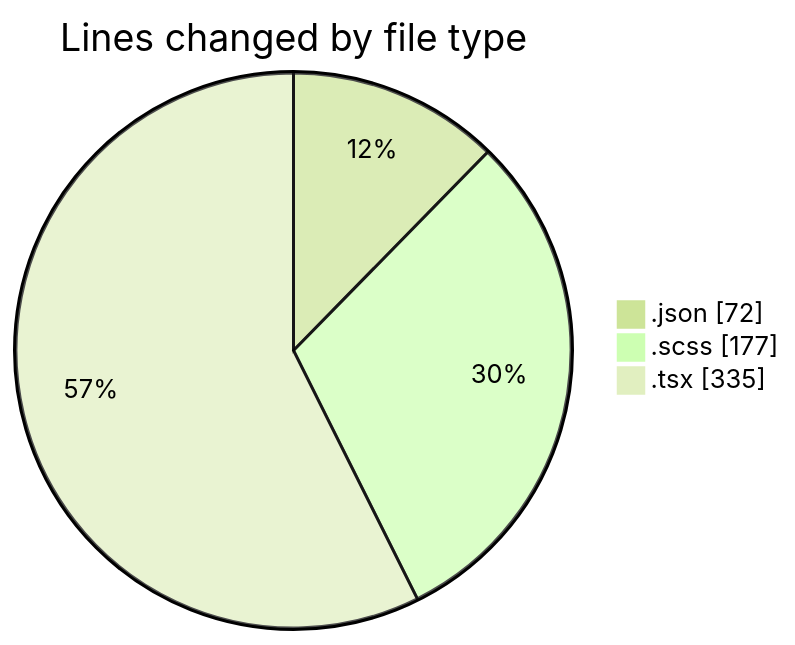
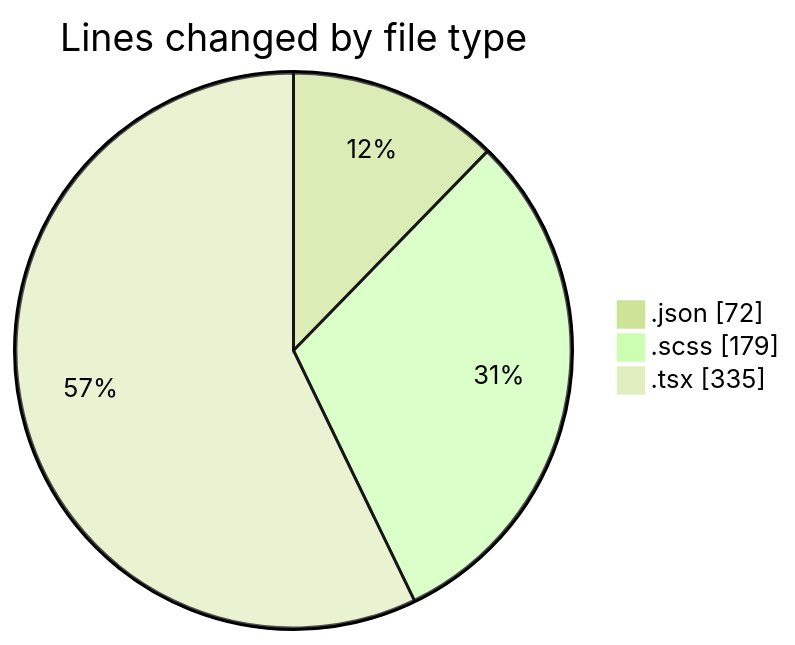
Before and after one commit to momahboobian/code-tracking: the first of 2 diagrams in 2026-10-12/cda/README.md, drawn with Mermaid (forest theme). The commit also changed other lines of this file and 1 other file, not shown here.

````diff
--- a/2026-10-12/cda/README.md
+++ b/2026-10-12/cda/README.md
@@ -25,7 +25,7 @@
 ```mermaid
 pie showData
 title Lines changed by file type
 ".json" : 72
-".scss" : 177
+".scss" : 179
 ".tsx" : 335
 ```
````
